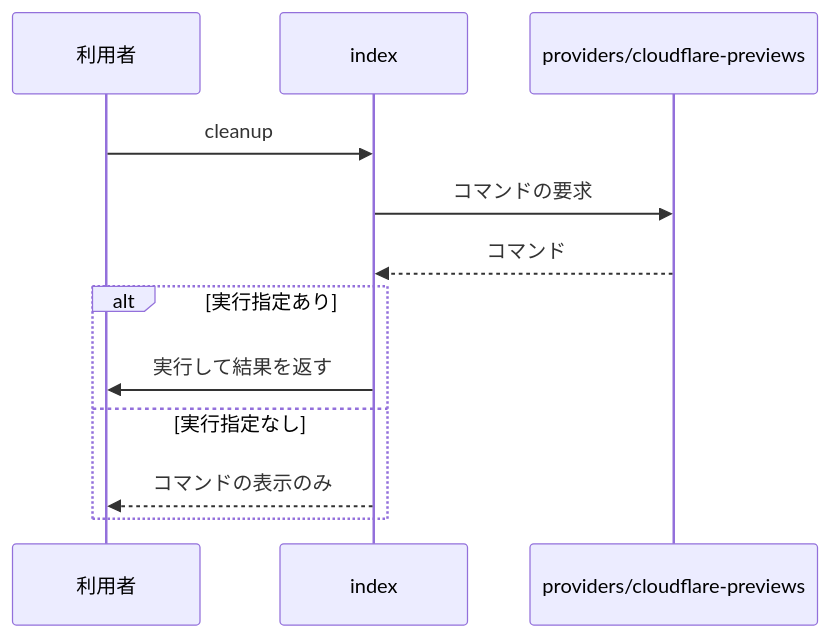
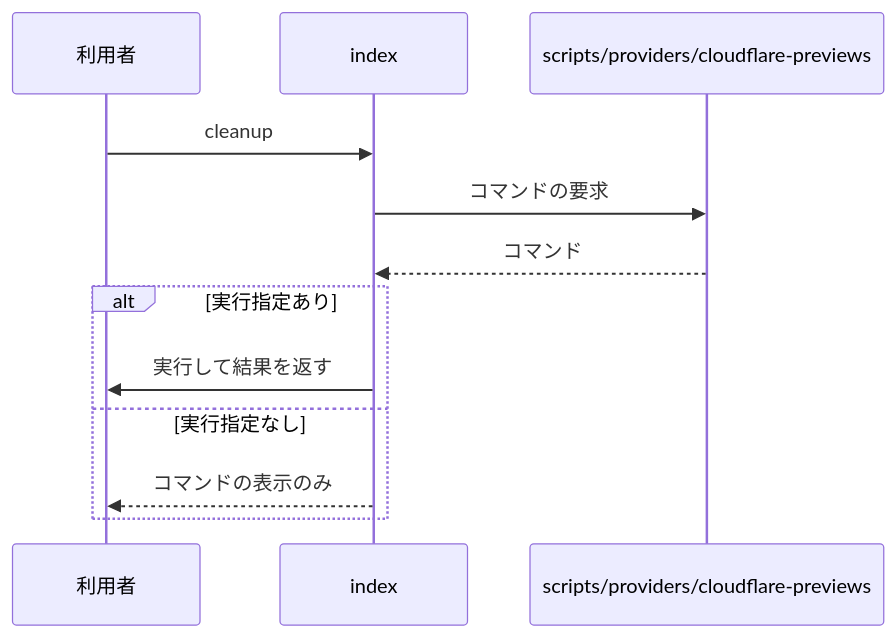
One commit to nekono-dev/branch-release-workflow changed the second of 2 diagrams in specs/preview/design.md. Above: the diagram before and after it, drawn with Mermaid. The commit also changed other lines of this file and 56 other files, not shown here.

````diff
--- a/specs/preview/design.md
+++ b/specs/preview/design.md
@@ -28,14 +28,14 @@
 ```mermaid
 sequenceDiagram
   participant ext_user as 利用者
   participant index
-  participant providers_cf as providers/cloudflare-previews
+  participant providers_cf as scripts/providers/cloudflare-previews
   ext_user->>index: cleanup
   index->>providers_cf: コマンドの要求
   providers_cf-->>index: コマンド
   alt 実行指定あり
     index->>ext_user: 実行して結果を返す
   else 実行指定なし
     index-->>ext_user: コマンドの表示のみ
   end
 ```
````
